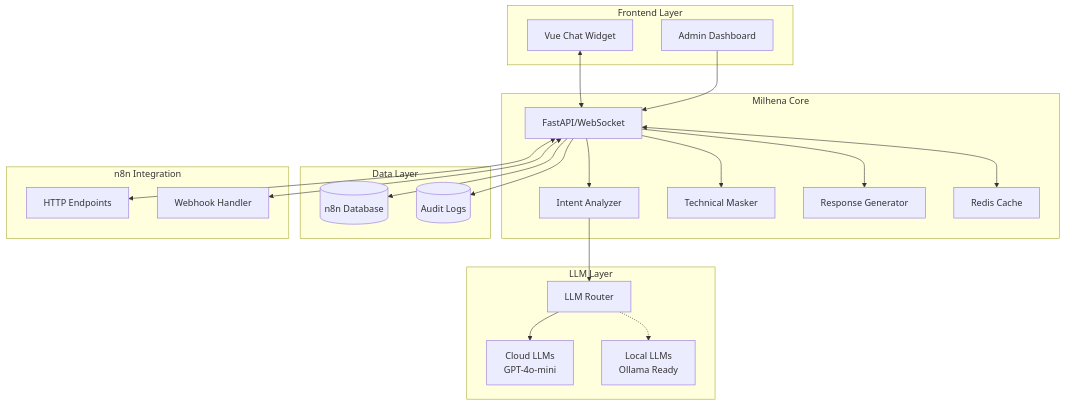
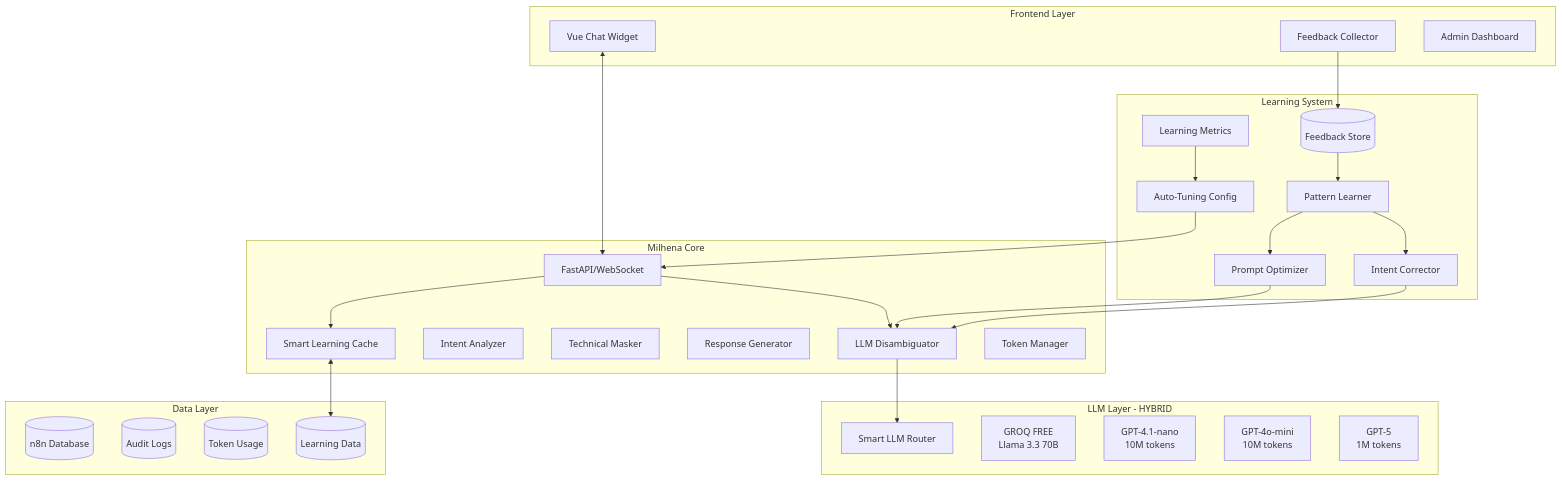
Before and after one commit to lancaster971/pilotproOS: the diagram in intelligence-engine/TODO-MILHENA-v3.md, drawn with Mermaid. The commit also changed other lines of this file and 14 other files, not shown here.

````diff
--- a/intelligence-engine/TODO-MILHENA-v3.md
+++ b/intelligence-engine/TODO-MILHENA-v3.md
@@ -47,45 +56,56 @@
 ```mermaid
 graph TB
     subgraph "Frontend Layer"
         Widget[Vue Chat Widget]
+        Feedback[Feedback Collector]
         Admin[Admin Dashboard]
     end
 
     subgraph "Milhena Core"
         API[FastAPI/WebSocket]
+        Disambiguator[LLM Disambiguator]
         Intent[Intent Analyzer]
         Masker[Technical Masker]
         Generator[Response Generator]
-        Cache[Redis Cache]
+        Cache[Smart Learning Cache]
+        TokenMgr[Token Manager]
+    end
+
+    subgraph "Learning System"
+        FeedbackDB[(Feedback Store)]
+        PatternLearner[Pattern Learner]
+        PromptOptimizer[Prompt Optimizer]
+        IntentCorrector[Intent Corrector]
+        AutoTuner[Auto-Tuning Config]
+        Metrics[Learning Metrics]
+    end
+
+    subgraph "LLM Layer - HYBRID"
+        Router[Smart LLM Router]
+        GROQ[GROQ FREE<br/>Llama 3.3 70B]
+        OpenAINano[GPT-4.1-nano<br/>10M tokens]
+        OpenAIMini[GPT-4o-mini<br/>10M tokens]
+        OpenAIPremium[GPT-5<br/>1M tokens]
     end
 
     subgraph "Data Layer"
         N8NDB[(n8n Database)]
         Audit[(Audit Logs)]
-    end
-
-    subgraph "LLM Layer"
-        Router[LLM Router]
-        Cloud[Cloud LLMs<br/>GPT-4o-mini]
-        Local[Local LLMs<br/>Ollama Ready]
-    end
-
-    subgraph "n8n Integration"
-        HTTP[HTTP Endpoints]
-        Webhook[Webhook Handler]
+        TokenDB[(Token Usage)]
+        LearningDB[(Learning Data)]
     end
 
     Widget <--> API
-    Admin --> API
-    API --> Intent
-    Intent --> Router
-    Router --> Cloud
-    Router -.-> Local
-    API --> Masker
-    API --> Generator
-    API <--> Cache
-    API --> N8NDB
-    API --> Audit
-    API <--> HTTP
-    API <--> Webhook
+    Feedback --> FeedbackDB
+    FeedbackDB --> PatternLearner
+    PatternLearner --> PromptOptimizer
+    PatternLearner --> IntentCorrector
+    IntentCorrector --> Disambiguator
+    PromptOptimizer --> Disambiguator
+    API --> Disambiguator
+    Disambiguator --> Router
+    API --> Cache
+    Cache <--> LearningDB
+    Metrics --> AutoTuner
+    AutoTuner --> API
 ```
````
